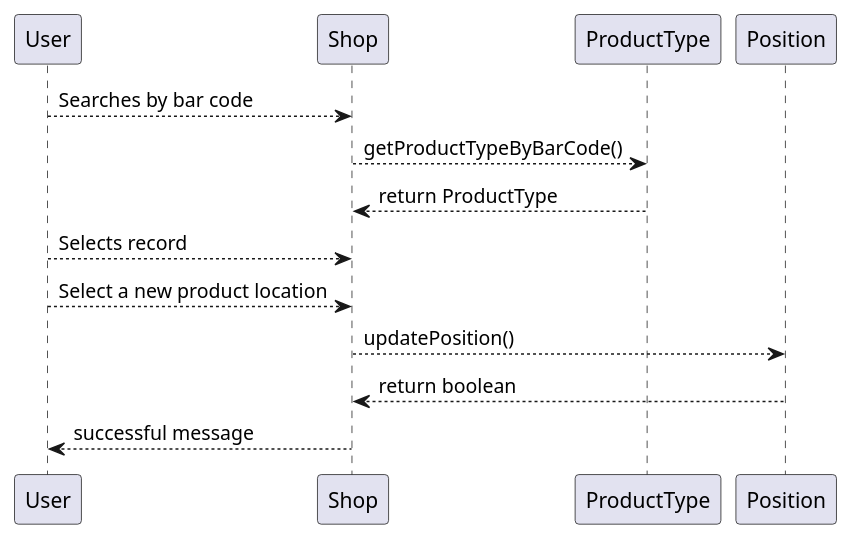
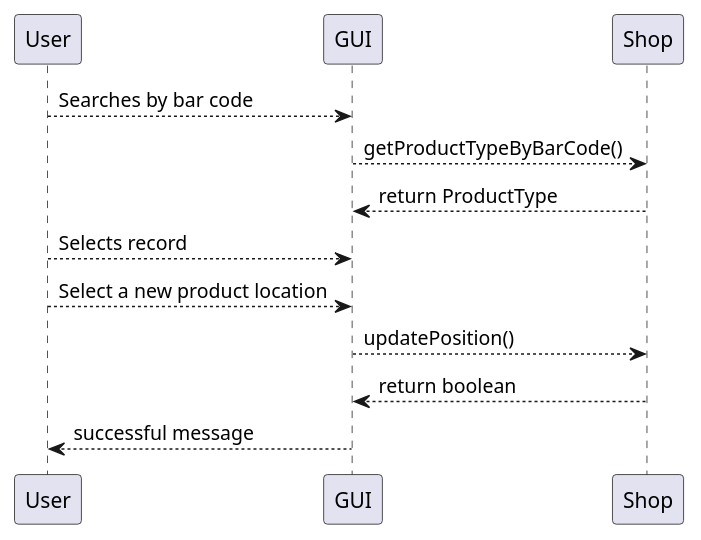
One commit to Stormz4/group20-EzShop changed the fifth of 19 diagrams in Deliverables/DesignDocument.md. Above: the diagram before and after it, drawn with PlantUML. The commit also changed other lines of this file, not shown here.

Commit message:
Doc: Updated sequence

````diff
--- a/Deliverables/DesignDocument.md
+++ b/Deliverables/DesignDocument.md
@@ -333,13 +340,13 @@
 ```plantuml
 @startuml
-User --> Shop: Searches by bar code
-Shop --> ProductType: getProductTypeByBarCode()
-ProductType --> Shop: return ProductType
+User --> GUI: Searches by bar code
+GUI --> Shop: getProductTypeByBarCode()
+Shop --> GUI: return ProductType
 
-User --> Shop: Selects record
-User --> Shop: Select a new product location
-Shop --> Position: updatePosition()
-Position --> Shop : return boolean
-Shop --> User : successful message
+User --> GUI: Selects record
+User --> GUI: Select a new product location
+GUI --> Shop: updatePosition()
+Shop --> GUI : return boolean
+GUI --> User : successful message
 @enduml
 ```
````
